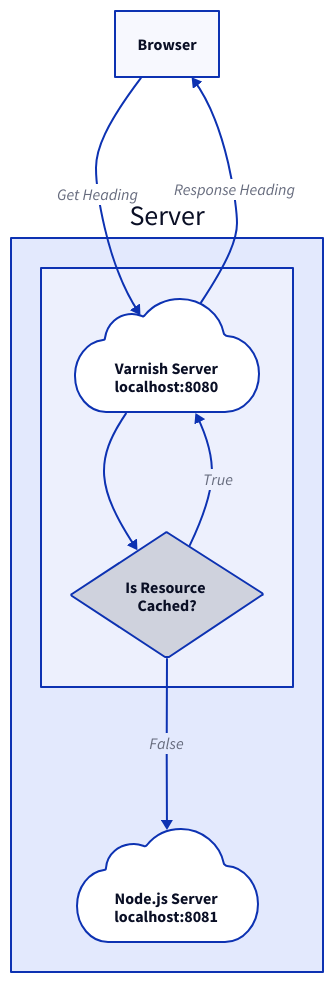
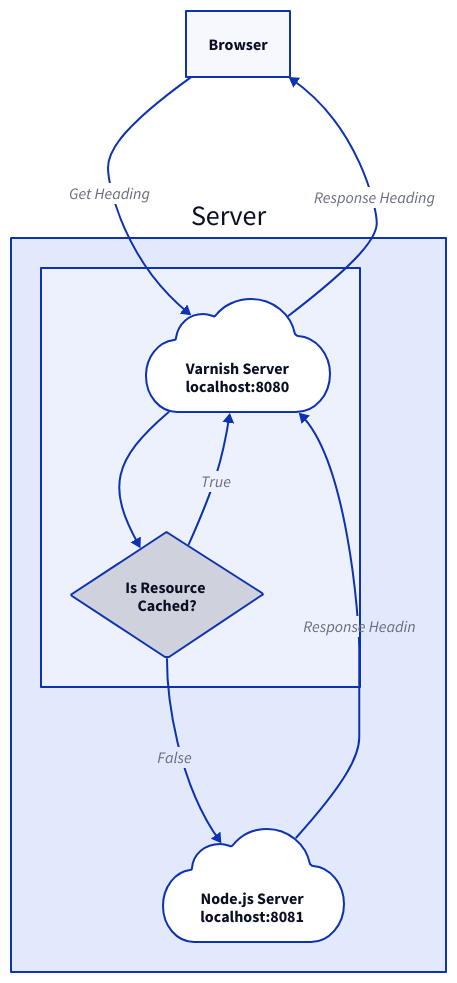
One commit to aleczandru1989/architectural-recipes changed the diagram in microfrontend-composition/server-side-integration-esi/diagrams/application.d2. Above: the diagram before and after it, drawn with D2.

```diff
--- a/microfrontend-composition/server-side-integration-esi/diagrams/application.d2
+++ b/microfrontend-composition/server-side-integration-esi/diagrams/application.d2
@@ -1,40 +1,44 @@
 direction: down
 
 browser: {
   label: "Browser"
 }
 
 server: {
   label: "Server"
   group: {
     label: ""
     varnish: {
       label: "Varnish Server\nlocalhost:8080"
       shape: cloud
     }
 
     decision: { 
       shape: diamond
       label: "Is Resource \n Cached?"
     }
 
     varnish -> decision
 
     decision -> varnish: "Return cached Heading" {
       style: dashed
       label: "True"
     }
   }
 
   nodejs: {
     label: "Node.js Server\nlocalhost:8081"
     shape: cloud
   }
 
   group.decision -> nodejs: "Forward request" {
     label: "False"
   }
+
+  nodejs -> group.varnish {
+    label: "Response Headin"
+  }
 }
 
 browser -> server.group.varnish: "Get Heading"
 server.group.varnish -> browser: "Response Heading"
```
